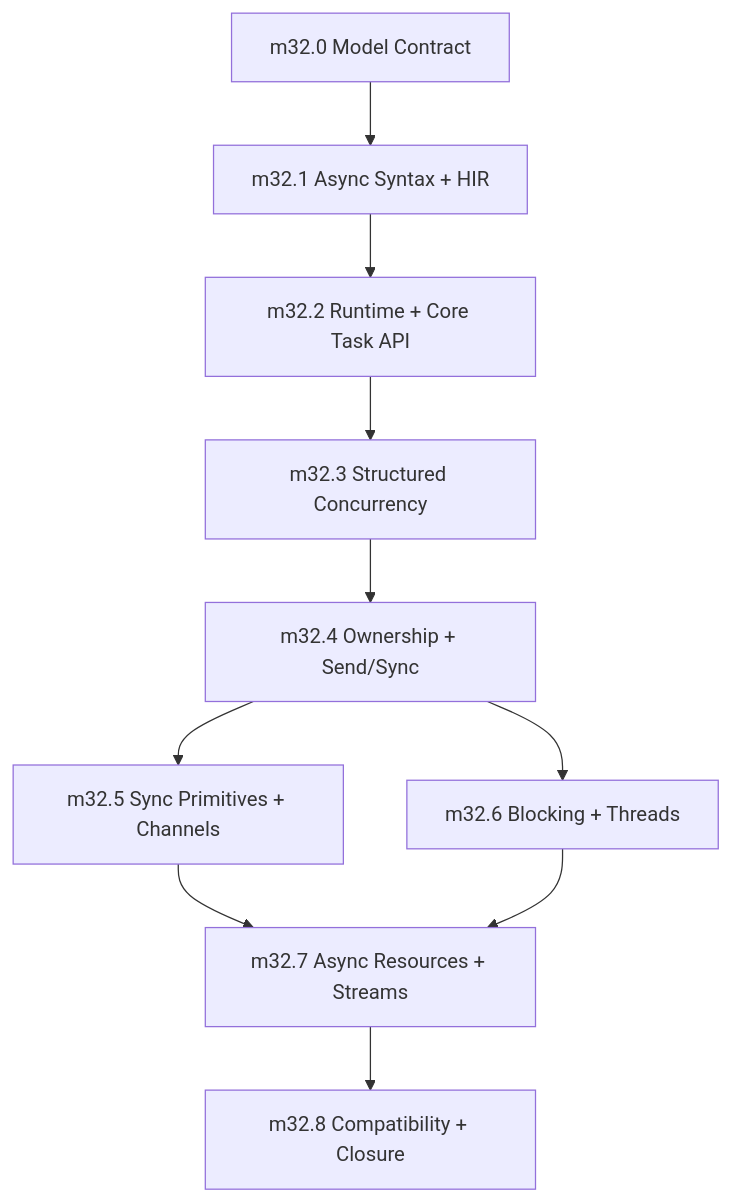
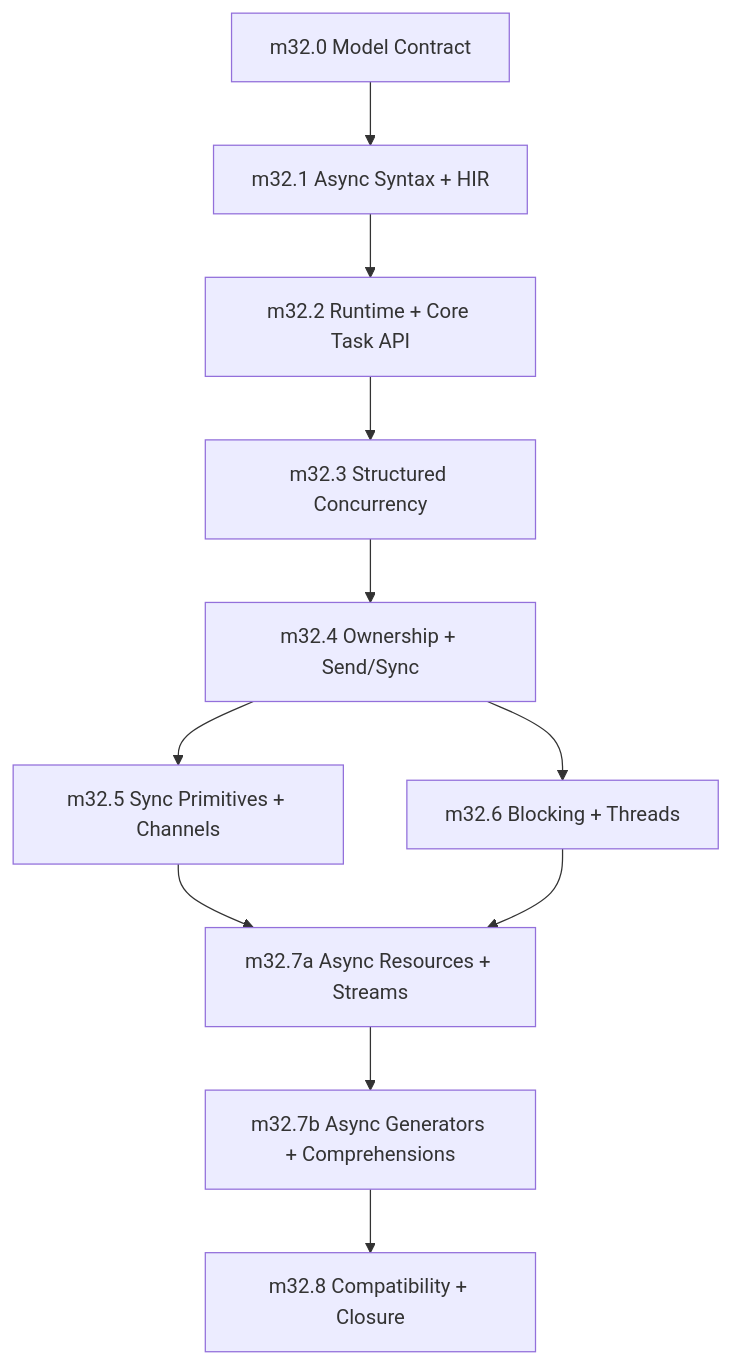
The diagram in internal_docs/phases/32_async_ecosystem.md (sifr-lang/sifr), drawn with Mermaid before and after one commit. The commit also changed other lines of this file and 5 other files, not shown here.

Commit message:
Add async generators to concurrency model

````diff
--- a/internal_docs/phases/32_async_ecosystem.md
+++ b/internal_docs/phases/32_async_ecosystem.md
@@ -704,22 +830,24 @@
 ```mermaid
 flowchart TD
     m0["m32.0 Model Contract"]
     m1["m32.1 Async Syntax + HIR"]
     m2["m32.2 Runtime + Core Task API"]
     m3["m32.3 Structured Concurrency"]
     m4["m32.4 Ownership + Send/Sync"]
     m5["m32.5 Sync Primitives + Channels"]
     m6["m32.6 Blocking + Threads"]
-    m7["m32.7 Async Resources + Streams"]
+    m7a["m32.7a Async Resources + Streams"]
+    m7b["m32.7b Async Generators + Comprehensions"]
     m8["m32.8 Compatibility + Closure"]
 
     m0 --> m1
     m1 --> m2
     m2 --> m3
     m3 --> m4
     m4 --> m5
     m4 --> m6
-    m5 --> m7
-    m6 --> m7
-    m7 --> m8
+    m5 --> m7a
+    m6 --> m7a
+    m7a --> m7b
+    m7b --> m8
 ```
````
